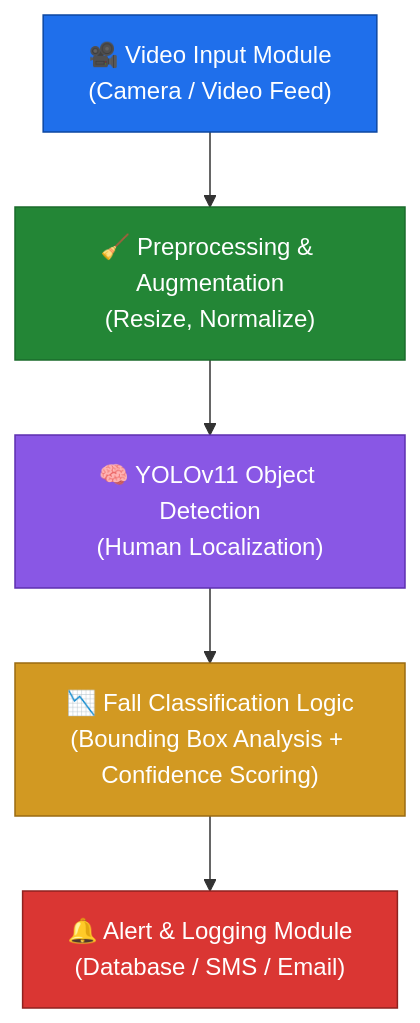
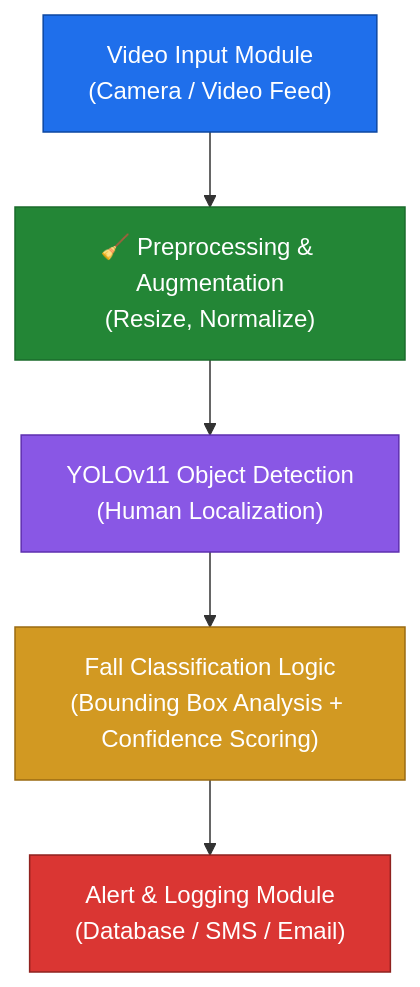
One commit to MirAb-77/IntelliFall-Real-Time-Human-Fall-Detection-Using-Computer-Vision changed the diagram in README.md. Above: the diagram before and after it, drawn with Mermaid. The commit also changed other lines of this file, not shown here.

````diff
--- a/README.md
+++ b/README.md
@@ -48,13 +48,13 @@
 ```mermaid
 flowchart TD
-    A["🎥 Video Input Module<br/>(Camera / Video Feed)"] --> B["🧹 Preprocessing & Augmentation<br/>(Resize, Normalize)"]
-    B --> C["🧠 YOLOv11 Object Detection<br/>(Human Localization)"]
-    C --> D["📉 Fall Classification Logic<br/>(Bounding Box Analysis + Confidence Scoring)"]
-    D --> E["🔔 Alert & Logging Module<br/>(Database / SMS / Email)"]
+    A[" Video Input Module<br/>(Camera / Video Feed)"] --> B["🧹 Preprocessing & Augmentation<br/>(Resize, Normalize)"]
+    B --> C[" YOLOv11 Object Detection<br/>(Human Localization)"]
+    C --> D[" Fall Classification Logic<br/>(Bounding Box Analysis + Confidence Scoring)"]
+    D --> E[" Alert & Logging Module<br/>(Database / SMS / Email)"]
 
     style A fill:#1f6feb,color:#fff,stroke:#0d47a1
     style B fill:#238636,color:#fff,stroke:#1a6b2b
     style C fill:#8957e5,color:#fff,stroke:#5e2fb0
     style D fill:#d29922,color:#fff,stroke:#9a6b12
     style E fill:#da3633,color:#fff,stroke:#8f221f
 ```
````
